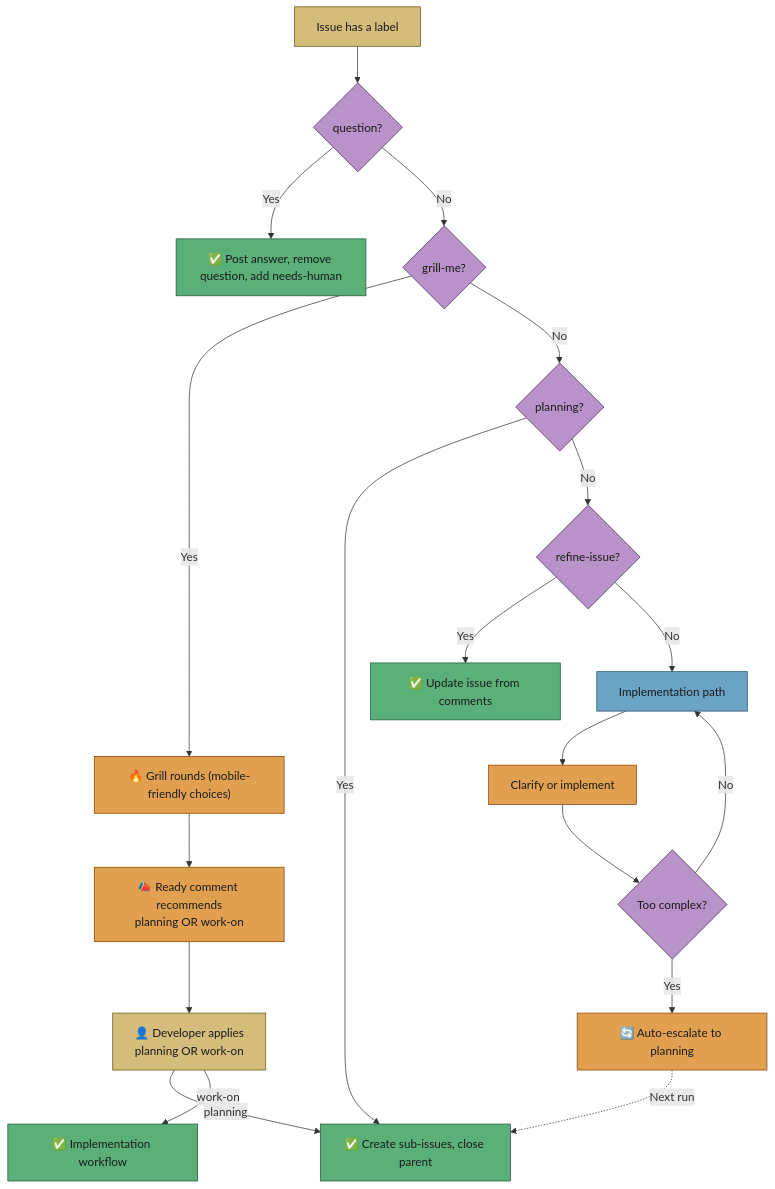
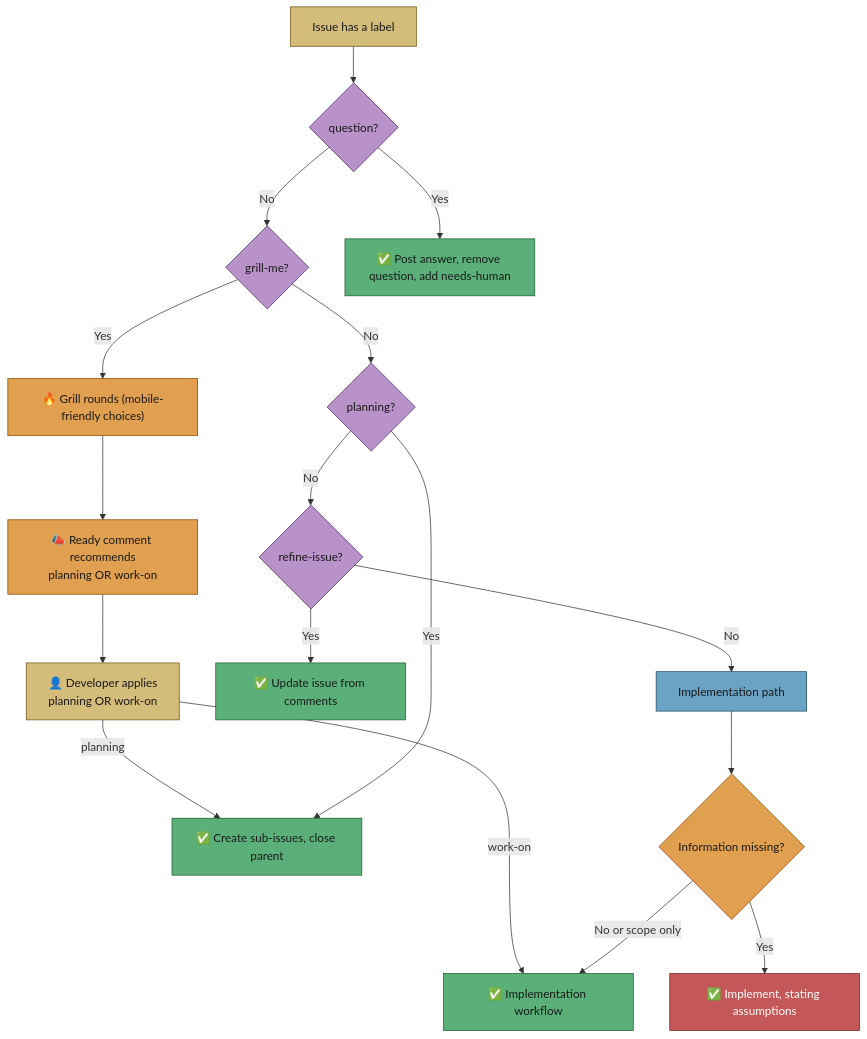
The first of 12 diagrams in docs/workflows/planning-and-questions.md (stSoftwareAU/VibeCoder), drawn with Mermaid before and after one commit. The commit also changed other lines of this file and 719 other files, not shown here.

````diff
--- a/docs/workflows/planning-and-questions.md
+++ b/docs/workflows/planning-and-questions.md
@@ -26,53 +26,49 @@
 ```mermaid
 flowchart TD
   Label["Issue has a label"]
   Q{"question?"}
   G{"grill-me?"}
   P{"planning?"}
   R{"refine-issue?"}
   Quest["✅ Post answer, remove question, add needs-human"]
   Grill["🔥 Grill rounds (mobile-friendly choices)"]
   Ready["📣 Ready comment recommends<br/>planning OR work-on"]
   Dev["👤 Developer applies<br/>planning OR work-on"]
   Plan["✅ Create sub-issues, close parent"]
   Work["✅ Implementation workflow"]
   Ref["✅ Update issue from comments"]
   Impl["Implementation path"]
-  Clar["Clarify or implement"]
-  Complex{"Too complex?"}
-  Escalate["🔄 Auto-escalate to planning"]
+  Clar{"Information missing?"}
+  Ask["✅ Implement, stating assumptions"]
   Label --> Q
   Q -->|Yes| Quest
   Q -->|No| G
   G -->|Yes| Grill
   Grill --> Ready
   Ready --> Dev
   Dev -->|planning| Plan
   Dev -->|work-on| Work
   G -->|No| P
   P -->|Yes| Plan
   P -->|No| R
   R -->|Yes| Ref
   R -->|No| Impl
   Impl --> Clar
-  Clar --> Complex
-  Complex -->|Yes| Escalate
-  Escalate -.->|"Next run"| Plan
-  Complex -->|No| Impl
+  Clar -->|Yes| Ask
+  Clar -->|No or scope only| Work
   style Label fill:#d4bc7a,stroke:#6b5510,color:#1a1a1a
   style Q fill:#b892c8,stroke:#4a2d5a,color:#1a1a1a
   style G fill:#b892c8,stroke:#4a2d5a,color:#1a1a1a
   style P fill:#b892c8,stroke:#4a2d5a,color:#1a1a1a
   style R fill:#b892c8,stroke:#4a2d5a,color:#1a1a1a
   style Quest fill:#5ab078,stroke:#1d5a35,color:#1a1a1a
   style Grill fill:#e0a050,stroke:#8b4500,color:#1a1a1a
   style Ready fill:#e0a050,stroke:#8b4500,color:#1a1a1a
   style Dev fill:#d4bc7a,stroke:#6b5510,color:#1a1a1a
   style Plan fill:#5ab078,stroke:#1d5a35,color:#1a1a1a
   style Work fill:#5ab078,stroke:#1d5a35,color:#1a1a1a
   style Ref fill:#5ab078,stroke:#1d5a35,color:#1a1a1a
   style Impl fill:#6ba3c4,stroke:#1d4a6a,color:#1a1a1a
   style Clar fill:#e0a050,stroke:#8b4500,color:#1a1a1a
-  style Complex fill:#b892c8,stroke:#4a2d5a,color:#1a1a1a
-  style Escalate fill:#e0a050,stroke:#8b4500,color:#1a1a1a
+  style Ask fill:#c45858,stroke:#6b2020,color:#fff
 ```
````
